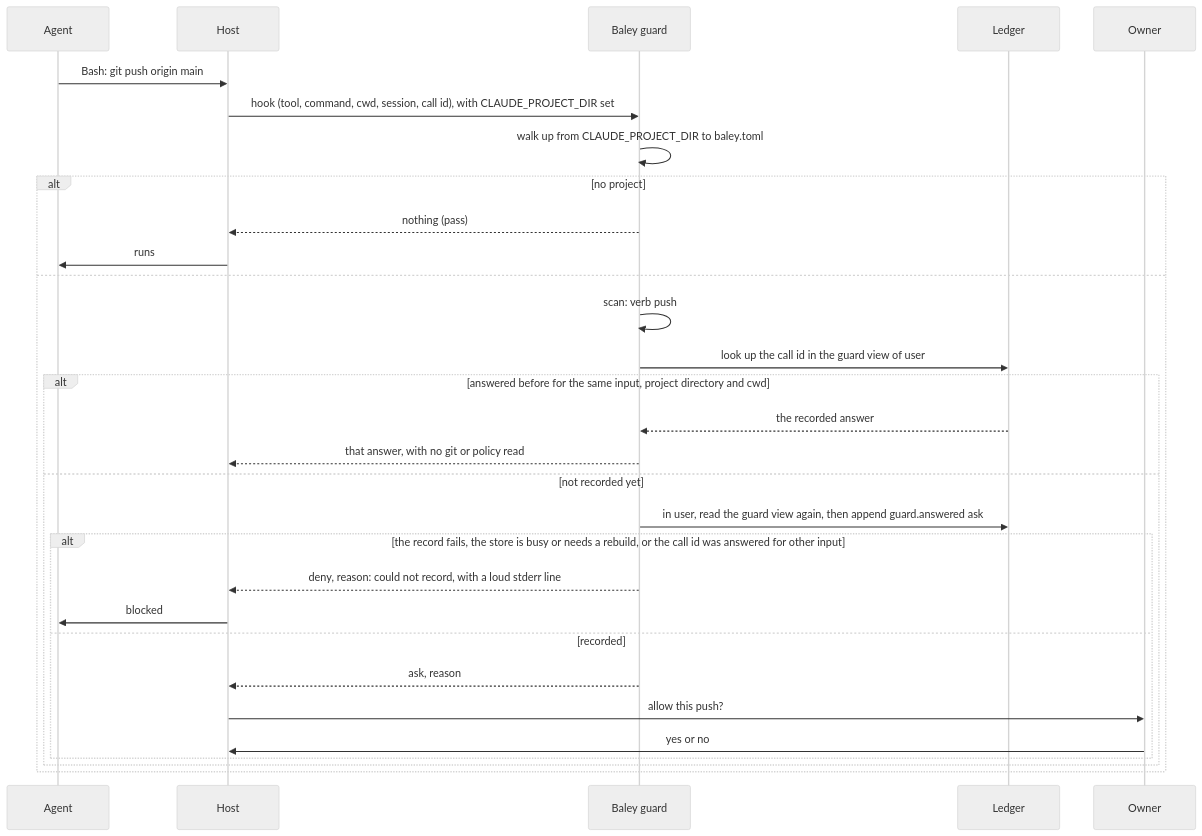
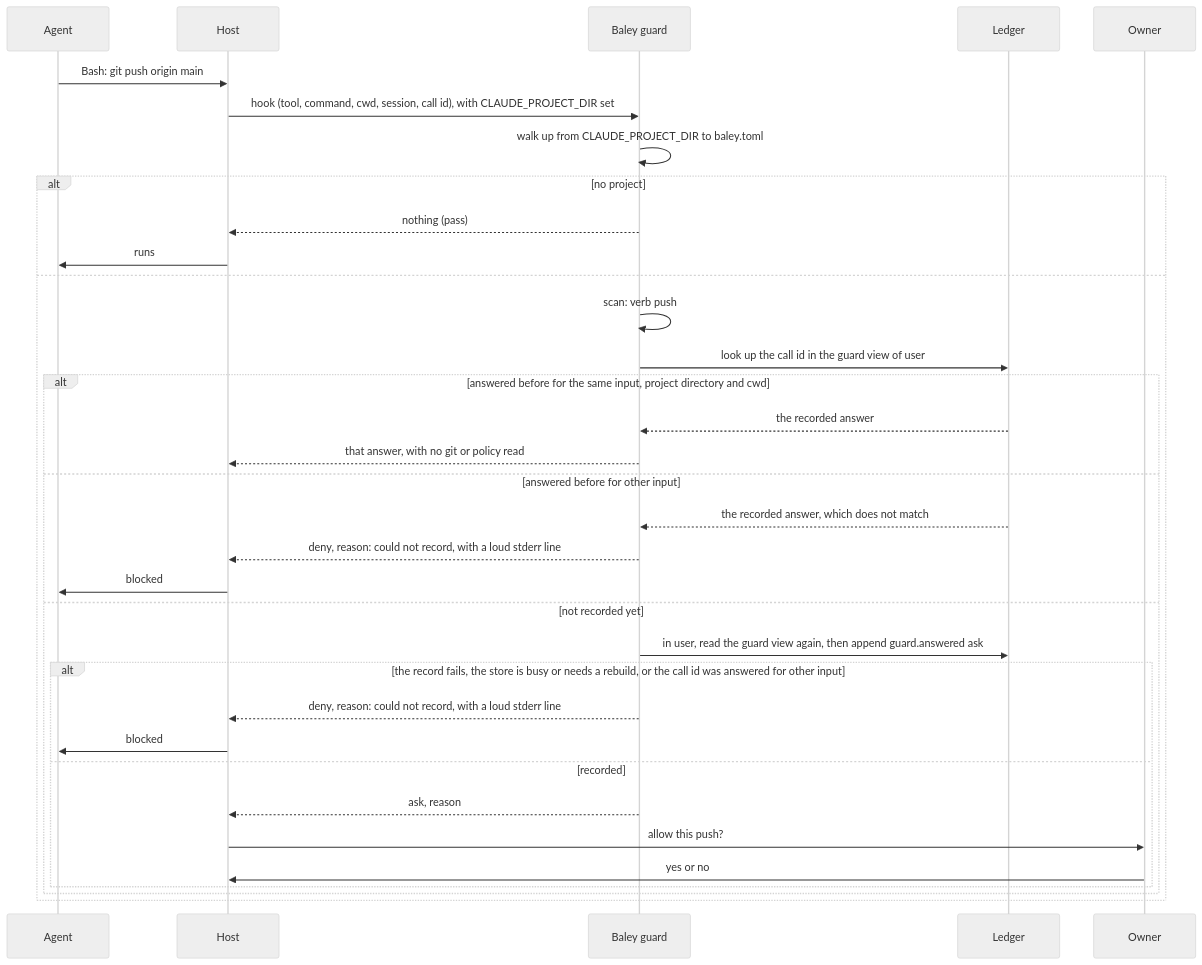
One commit to crenshawdev/baley changed the second of 3 diagrams in docs/design/0010-guard.md. Above: the diagram before and after it, drawn with Mermaid (neutral theme). The commit also changed other lines of this file and 2 other files, not shown here.

````diff
--- a/docs/design/0010-guard.md
+++ b/docs/design/0010-guard.md
@@ -210,32 +210,36 @@
 ```mermaid
 sequenceDiagram
   participant A as Agent
   participant H as Host
   participant G as Baley guard
   participant L as Ledger
   participant O as Owner
   A->>H: Bash: git push origin main
   H->>G: hook (tool, command, cwd, session, call id), with CLAUDE_PROJECT_DIR set
   G->>G: walk up from CLAUDE_PROJECT_DIR to baley.toml
   alt no project
     G-->>H: nothing (pass)
     H->>A: runs
   else
     G->>G: scan: verb push
     G->>L: look up the call id in the guard view of user
     alt answered before for the same input, project directory and cwd
       L-->>G: the recorded answer
       G-->>H: that answer, with no git or policy read
+    else answered before for other input
+      L-->>G: the recorded answer, which does not match
+      G-->>H: deny, reason: could not record, with a loud stderr line
+      H->>A: blocked
     else not recorded yet
       G->>L: in user, read the guard view again, then append guard.answered ask
       alt the record fails, the store is busy or needs a rebuild, or the call id was answered for other input
         G-->>H: deny, reason: could not record, with a loud stderr line
         H->>A: blocked
       else recorded
         G-->>H: ask, reason
         H->>O: allow this push?
         O->>H: yes or no
       end
     end
   end
 ```
````
